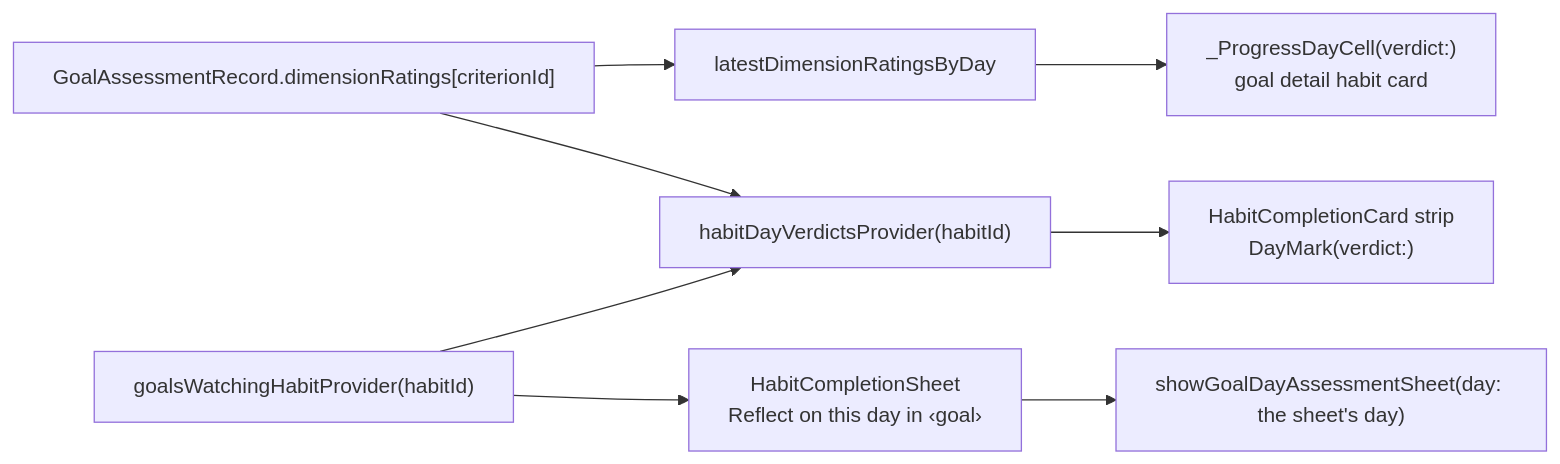
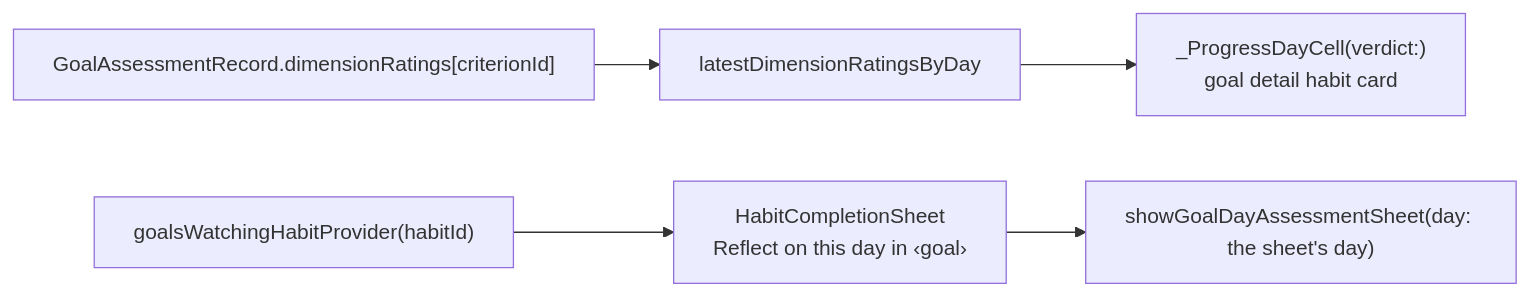
The third of 3 diagrams in knowledge/architecture/day-indicators.md (matthiasn/lotti), drawn with Mermaid before and after one commit. The commit also changed other lines of this file and 30 other files, not shown here.

First line of the commit message:
feat(day-indicators): draw the habit day squares to the design handover

````diff
--- a/knowledge/architecture/day-indicators.md
+++ b/knowledge/architecture/day-indicators.md
@@ -153,10 +177,7 @@
 ```mermaid
 flowchart LR
   A["GoalAssessmentRecord.dimensionRatings[criterionId]"] --> D["latestDimensionRatingsByDay"]
   D --> P["_ProgressDayCell(verdict:)<br/>goal detail habit card"]
-  W["goalsWatchingHabitProvider(habitId)"] --> V["habitDayVerdictsProvider(habitId)"]
-  A --> V
-  V --> H["HabitCompletionCard strip<br/>DayMark(verdict:)"]
-  W --> S["HabitCompletionSheet<br/>Reflect on this day in ‹goal›"]
+  W["goalsWatchingHabitProvider(habitId)"] --> S["HabitCompletionSheet<br/>Reflect on this day in ‹goal›"]
   S --> R["showGoalDayAssessmentSheet(day: the sheet's day)"]
 ```
````
